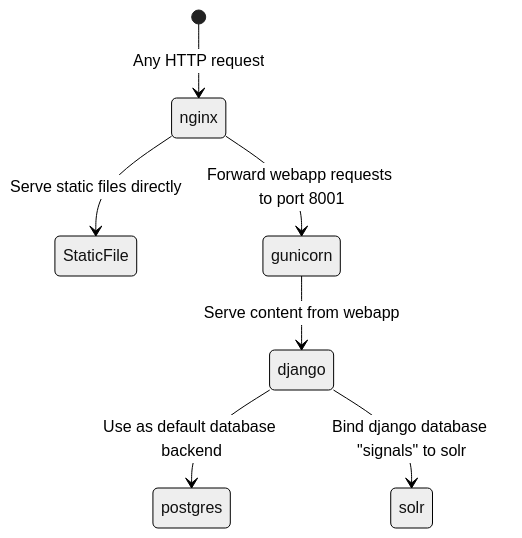
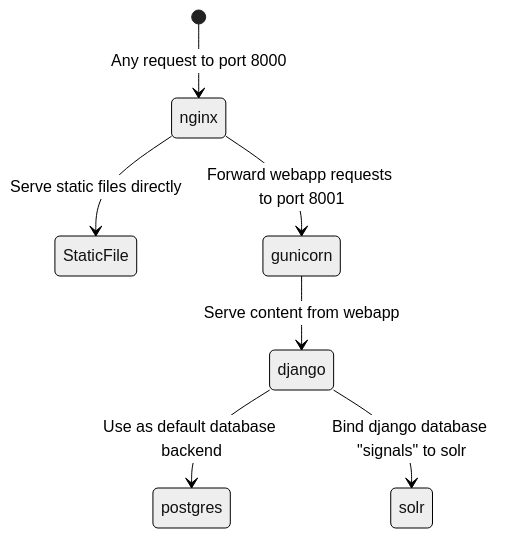
Before and after one commit to DDMAL/cantus: the diagram in README.md, drawn with Mermaid (neutral theme). The commit also changed other lines of this file and 5 other files, not shown here.

````diff
--- a/README.md
+++ b/README.md
@@ -66,9 +66,9 @@
 ```mermaid
 stateDiagram-v2
-[*] --> nginx: Any HTTP request
+[*] --> nginx: Any request to port 8000
 nginx --> StaticFile: Serve static files directly
 nginx --> gunicorn: Forward webapp requests to port 8001
 gunicorn --> django: Serve content from webapp
 django --> postgres: Use as default database backend
 django --> solr: Bind django database "signals" to solr
 ```
````
